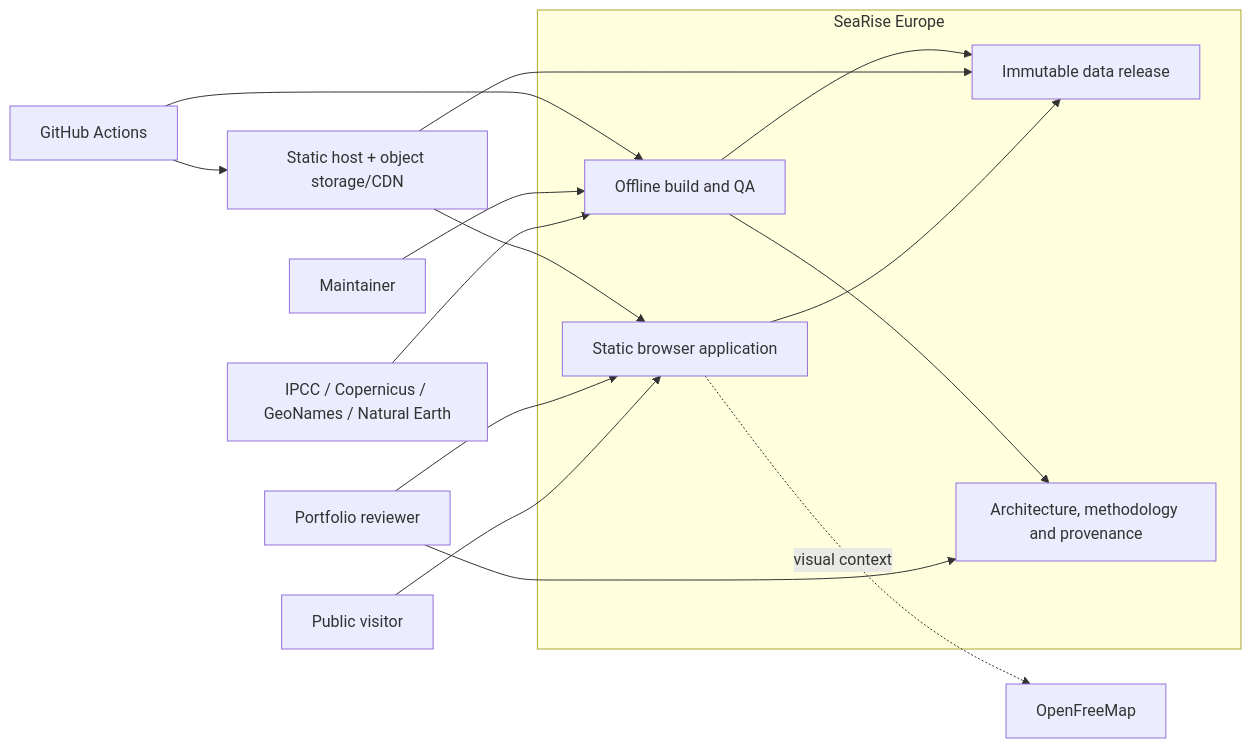
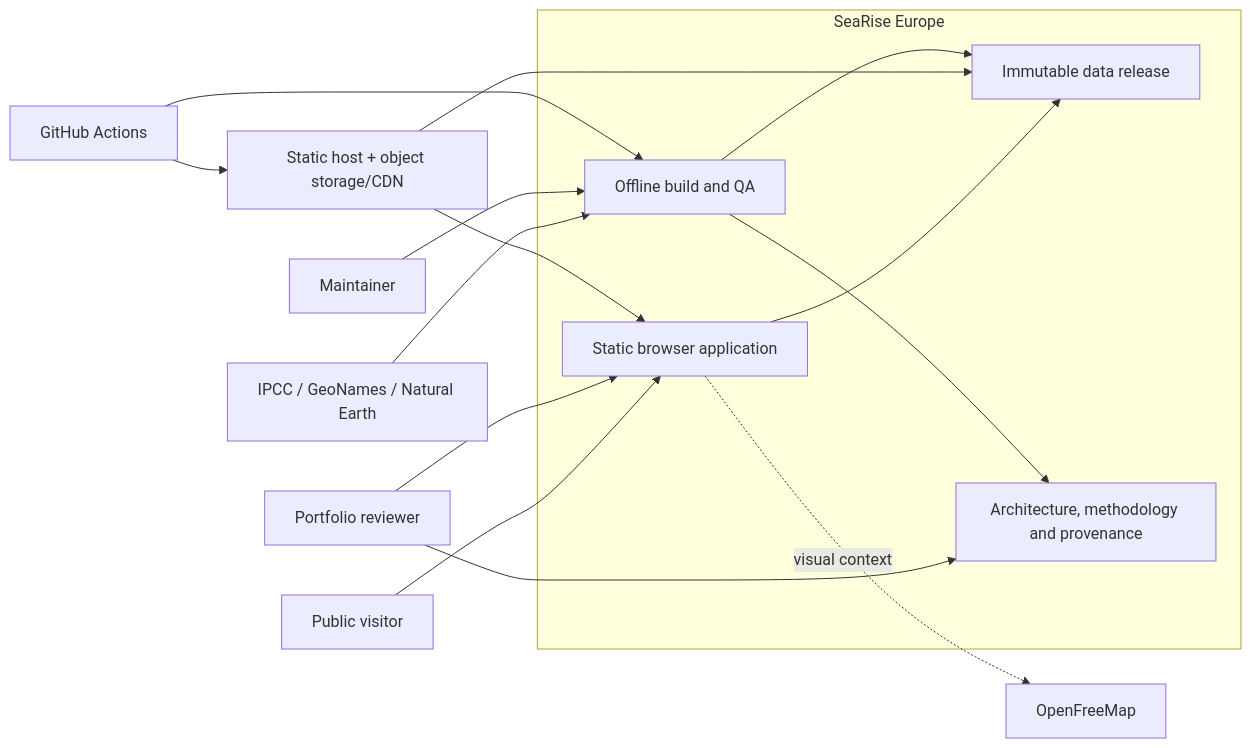
One commit to artemsemdev/SeaRise-Europe changed the diagram in docs/architecture/01-system-context.md. Above: the diagram before and after it, drawn with Mermaid. The commit also changed other lines of this file and 4 other files, not shown here.

Commit message:
docs(architecture): retire terrain publication inputs

````diff
--- a/docs/architecture/01-system-context.md
+++ b/docs/architecture/01-system-context.md
@@ -58,32 +58,32 @@
 ```mermaid
 flowchart LR
     Visitor[Public visitor]
     Reviewer[Portfolio reviewer]
     Maintainer[Maintainer]
 
     subgraph SRE[SeaRise Europe]
         Browser[Static browser application]
         Release[Immutable data release]
         Pipeline[Offline build and QA]
         Evidence[Architecture, methodology and provenance]
     end
 
-    Sources[IPCC / Copernicus / GeoNames / Natural Earth]
+    Sources[IPCC / GeoNames / Natural Earth]
     Host[Static host + object storage/CDN]
     Basemap[OpenFreeMap]
     CI[GitHub Actions]
 
     Visitor --> Browser
     Reviewer --> Browser
     Reviewer --> Evidence
     Browser --> Release
     Browser -. visual context .-> Basemap
     Host --> Browser
     Host --> Release
     Sources --> Pipeline
     Maintainer --> Pipeline
     Pipeline --> Release
     Pipeline --> Evidence
     CI --> Pipeline
     CI --> Host
 ```
````
